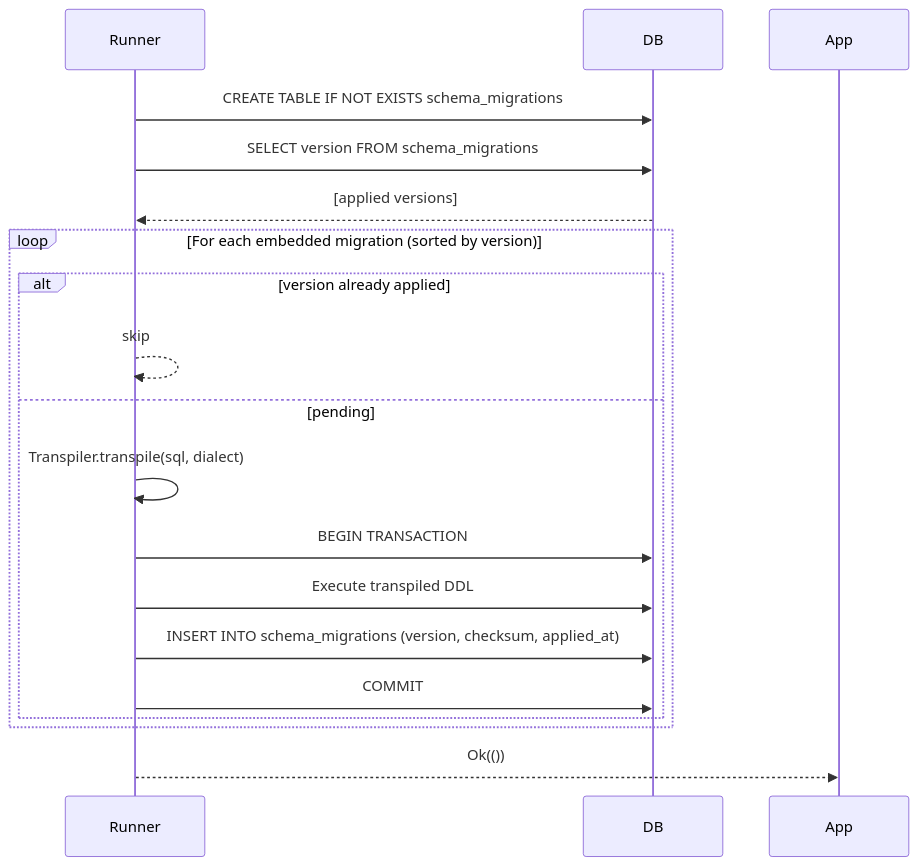
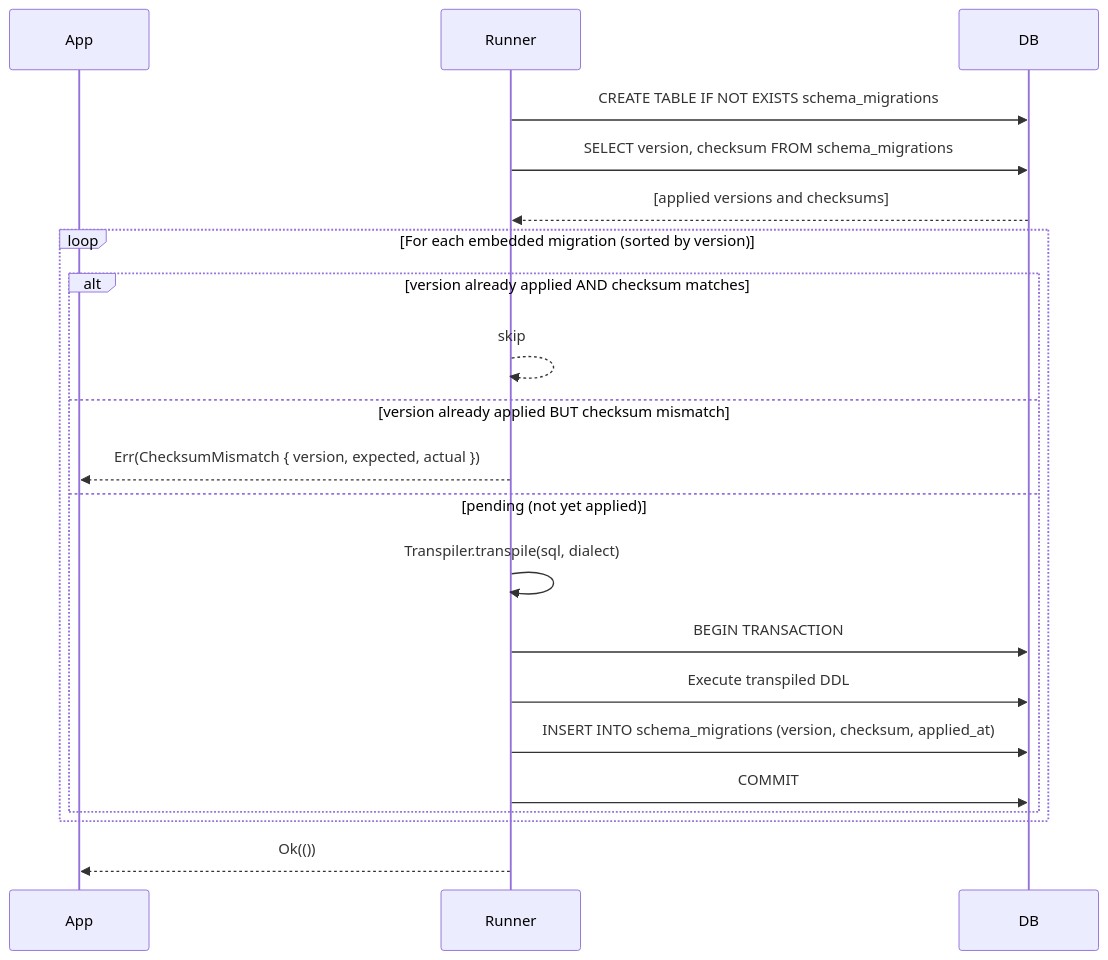
Diagram 13 of 16 in ARCHITECTURE.md (hugomf/rustdata), drawn with Mermaid before and after one commit. The commit also changed other lines of this file, not shown here.

Commit message:
updated architecture

````diff
--- a/ARCHITECTURE.md
+++ b/ARCHITECTURE.md
@@ -433,24 +461,27 @@
 ```mermaid
 sequenceDiagram
+    participant App
     participant Runner
     participant DB
 
     Runner->>DB: CREATE TABLE IF NOT EXISTS schema_migrations
 
-    Runner->>DB: SELECT version FROM schema_migrations
-    DB-->>Runner: [applied versions]
+    Runner->>DB: SELECT version, checksum FROM schema_migrations
+    DB-->>Runner: [applied versions and checksums]
 
     loop For each embedded migration (sorted by version)
-        alt version already applied
+        alt version already applied AND checksum matches
             Runner-->>Runner: skip
-        else pending
+        else version already applied BUT checksum mismatch
+            Runner-->>App: Err(ChecksumMismatch { version, expected, actual })
+        else pending (not yet applied)
             Runner->>Runner: Transpiler.transpile(sql, dialect)
             Runner->>DB: BEGIN TRANSACTION
             Runner->>DB: Execute transpiled DDL
             Runner->>DB: INSERT INTO schema_migrations (version, checksum, applied_at)
             Runner->>DB: COMMIT
         end
     end
 
     Runner-->>App: Ok(())
 ```
````
